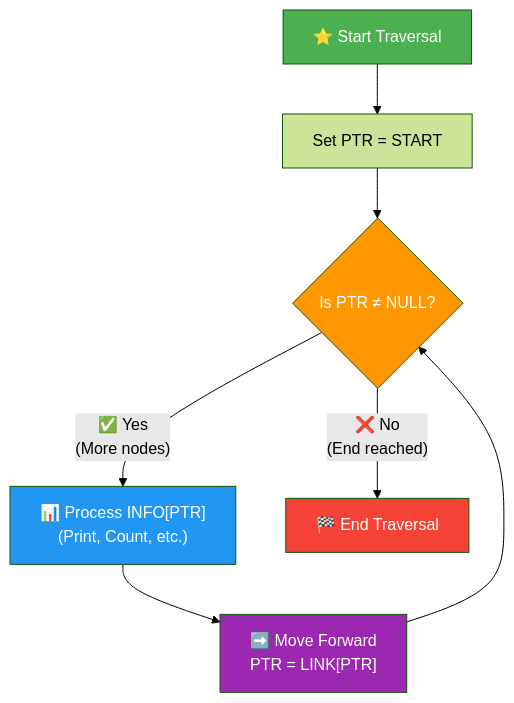
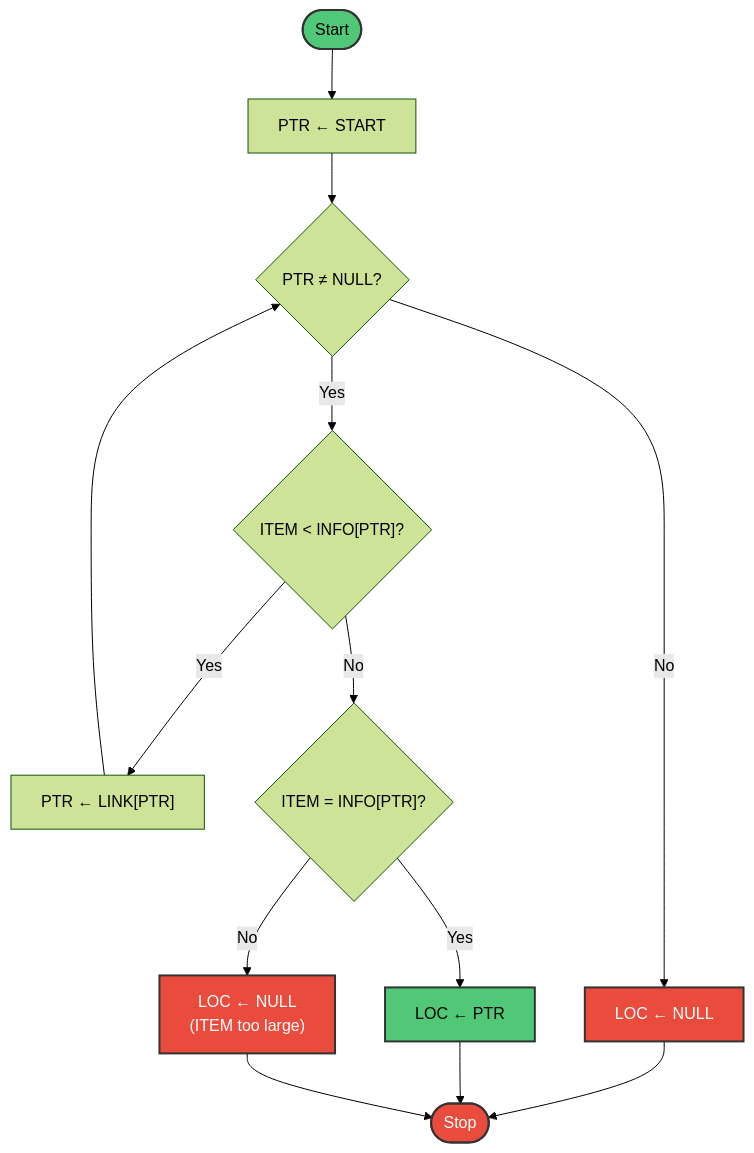
One commit to M-F-Tushar/CSE-2101-Data-Structure changed diagram 13 of 54 in Chapter 5 - Linked Lists/README.md. Above: the diagram before and after it, drawn with Mermaid (forest theme). The commit also changed other lines of this file, not shown here.

````diff
--- a/Chapter 5 - Linked Lists/README.md
+++ b/Chapter 5 - Linked Lists/README.md
@@ -530,15 +1168,24 @@
 ```mermaid
-graph TD
-    A["⭐ Start Traversal"] --> B["Set PTR = START"]
-    B --> C{"Is PTR ≠ NULL?"}
-    C -->|"✅ Yes<br/>(More nodes)"| D["📊 Process INFO[PTR]<br/>(Print, Count, etc.)"]
-    D --> E["➡️ Move Forward<br/>PTR = LINK[PTR]"]
-    E --> C
-    C -->|"❌ No<br/>(End reached)"| F["🏁 End Traversal"]
+flowchart TD
+    START_NODE([Start]) --> INIT["PTR ← START"]
+    INIT --> CHECK{"PTR ≠ NULL?"}
+    CHECK -->|No| NOT_FOUND["LOC ← NULL"]
+    NOT_FOUND --> STOP([Stop])
     
-    style A fill:#4caf50,color:#fff
-    style C fill:#ff9800,color:#fff
-    style D fill:#2196f3,color:#fff
-    style E fill:#9c27b0,color:#fff
-    style F fill:#f44336,color:#fff
+    CHECK -->|Yes| COMPARE1{"ITEM < INFO[PTR]?"}
+    COMPARE1 -->|Yes| MOVE["PTR ← LINK[PTR]"]
+    MOVE --> CHECK
+    
+    COMPARE1 -->|No| COMPARE2{"ITEM = INFO[PTR]?"}
+    COMPARE2 -->|Yes| FOUND["LOC ← PTR"]
+    FOUND --> STOP
+    
+    COMPARE2 -->|No| EXCEEDED["LOC ← NULL<br/>(ITEM too large)"]
+    EXCEEDED --> STOP
+    
+    style START_NODE fill:#50C878,stroke:#333,stroke-width:2px,color:#000
+    style STOP fill:#E94B3C,stroke:#333,stroke-width:2px,color:#fff
+    style FOUND fill:#50C878,stroke:#333,stroke-width:2px,color:#000
+    style NOT_FOUND fill:#E94B3C,stroke:#333,stroke-width:2px,color:#fff
+    style EXCEEDED fill:#E94B3C,stroke:#333,stroke-width:2px,color:#fff
 ```
````
